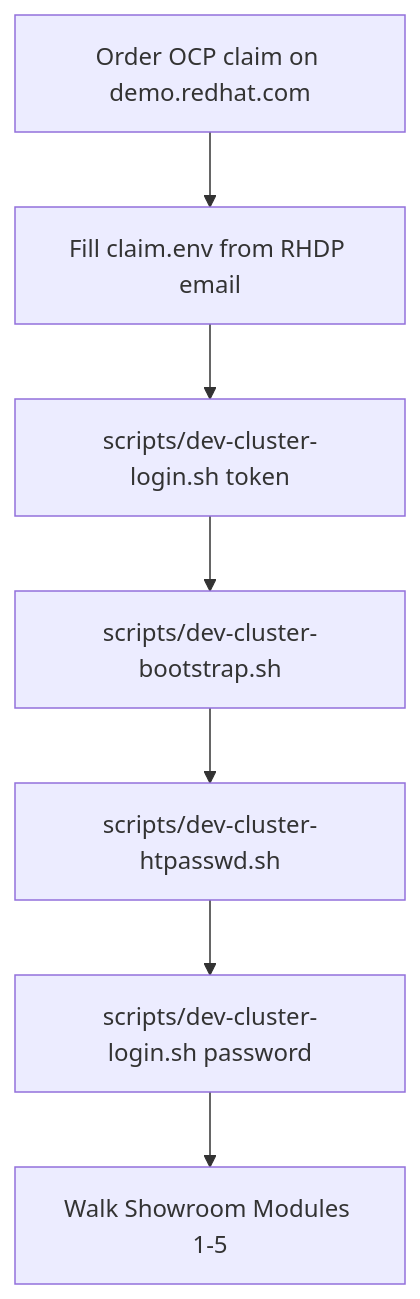
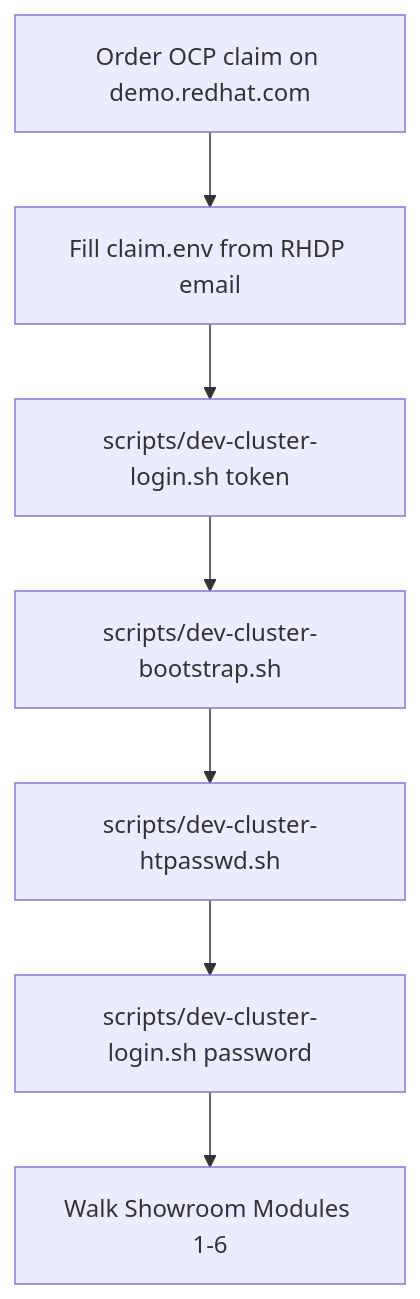
Before and after one commit to NA-FSI-Services/lightwell-tssc-workshop: the diagram in docs/DEV-CLUSTER-BOOTSTRAP.md, drawn with Mermaid. The commit also changed other lines of this file and 6 other files, not shown here.

````diff
--- a/docs/DEV-CLUSTER-BOOTSTRAP.md
+++ b/docs/DEV-CLUSTER-BOOTSTRAP.md
@@ -9,11 +9,11 @@
 ```mermaid
 flowchart TD
   order[Order OCP claim on demo.redhat.com]
   fill[Fill claim.env from RHDP email]
   loginToken[scripts/dev-cluster-login.sh token]
   boot[scripts/dev-cluster-bootstrap.sh]
   htpasswd[scripts/dev-cluster-htpasswd.sh]
   loginAdmin[scripts/dev-cluster-login.sh password]
-  labs[Walk Showroom Modules 1-5]
+  labs[Walk Showroom Modules 1-6]
   order --> fill --> loginToken --> boot --> htpasswd --> loginAdmin --> labs
 ```
````
